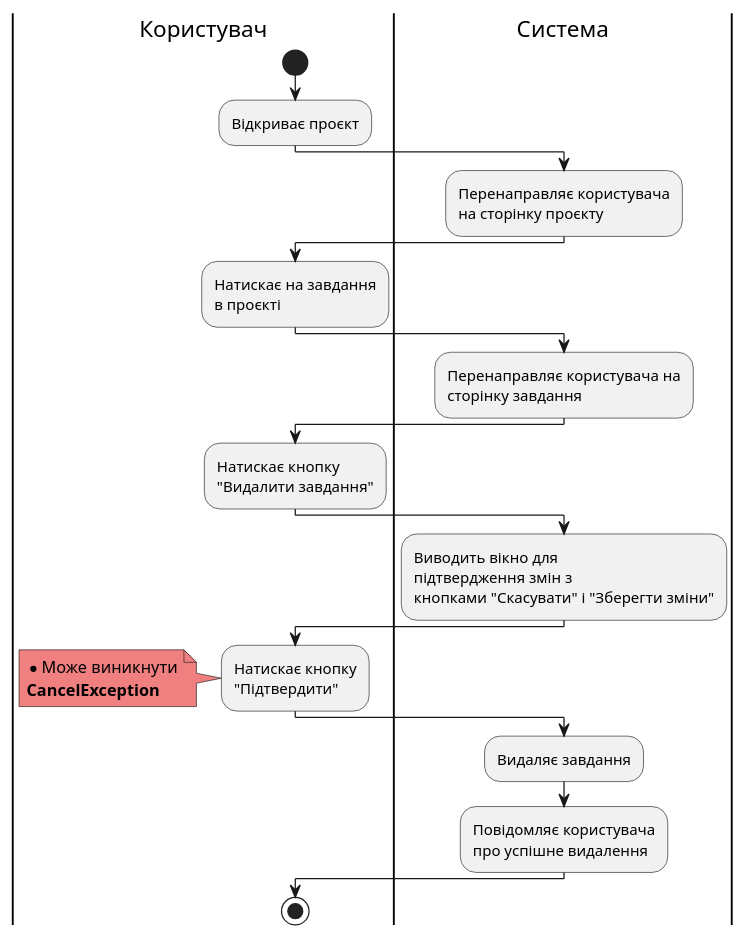
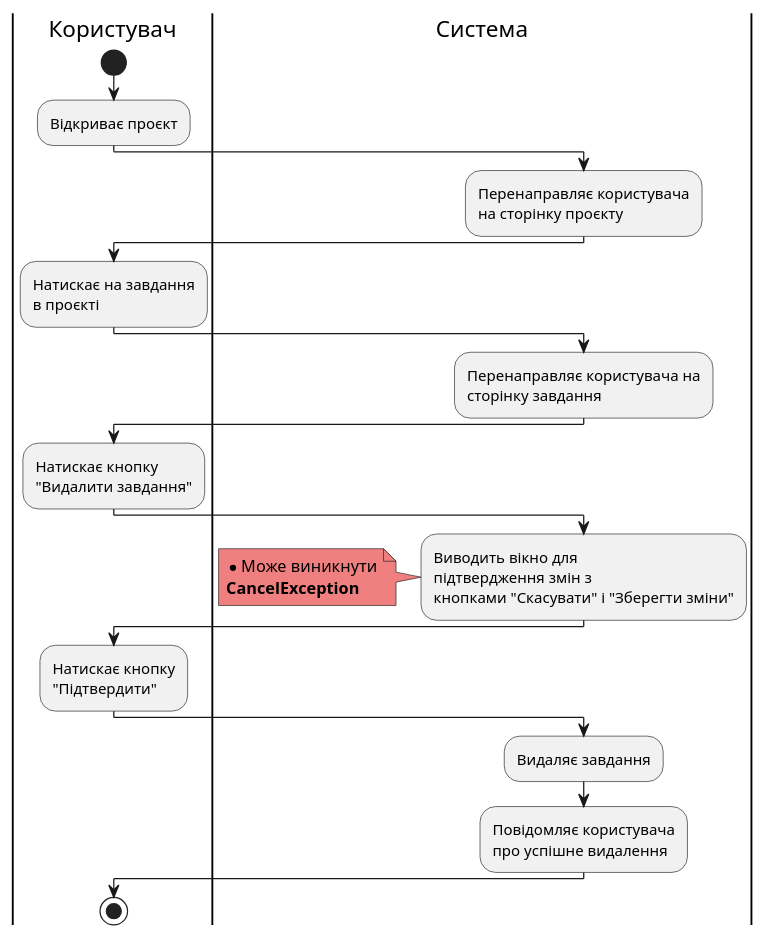
Diagram 16 of 23 in docs/use cases/README.md (samoilenkomariia/db-coursework), drawn with PlantUML before and after one commit.

Commit message:
edited deltask README.md

```diff
--- a/docs/use cases/README.md
+++ b/docs/use cases/README.md
@@ -723,36 +723,36 @@
 @startuml
 
     |Користувач|
     start;
     :Відкриває проєкт;
         
     |Система|
     :Перенаправляє користувача\nна сторінку проєкту;
     
     |Користувач|
     :Натискає на завдання\nв проєкті;
 
     |Система|
     :Перенаправляє користувача на\nсторінку завдання;
     
     |Користувач|
     :Натискає кнопку\n"Видалити завдання";
 
     |Система|
     :Виводить вікно для\nпідтвердження змін з\nкнопками "Скасувати" і "Зберегти зміни";
-
-    |Користувач|
-    :Натискає кнопку\n"Підтвердити";
-    
     note left #lightcoral
         * Може виникнути
         <b>CancelException</b>
     end note
+
+    |Користувач|
+    :Натискає кнопку\n"Підтвердити";
+   
     
     |Система|
     :Видаляє завдання;
     :Повідомляє користувача\nпро успішне видалення;
     
     |Користувач|
         stop;
 @enduml
```
